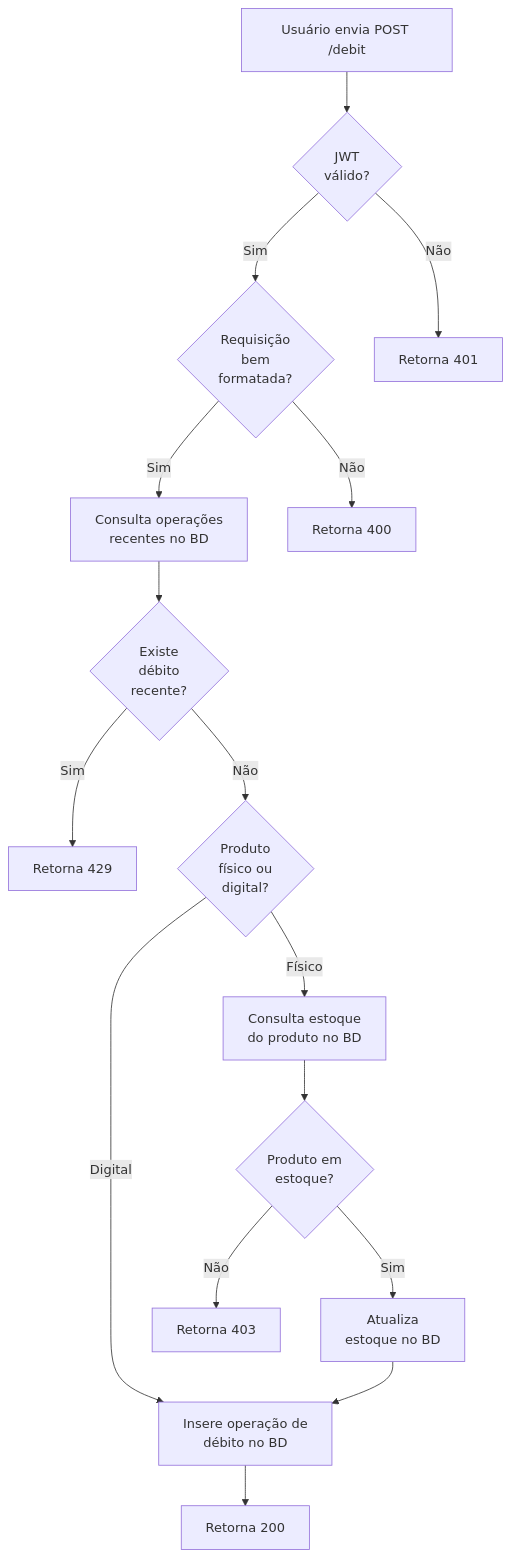
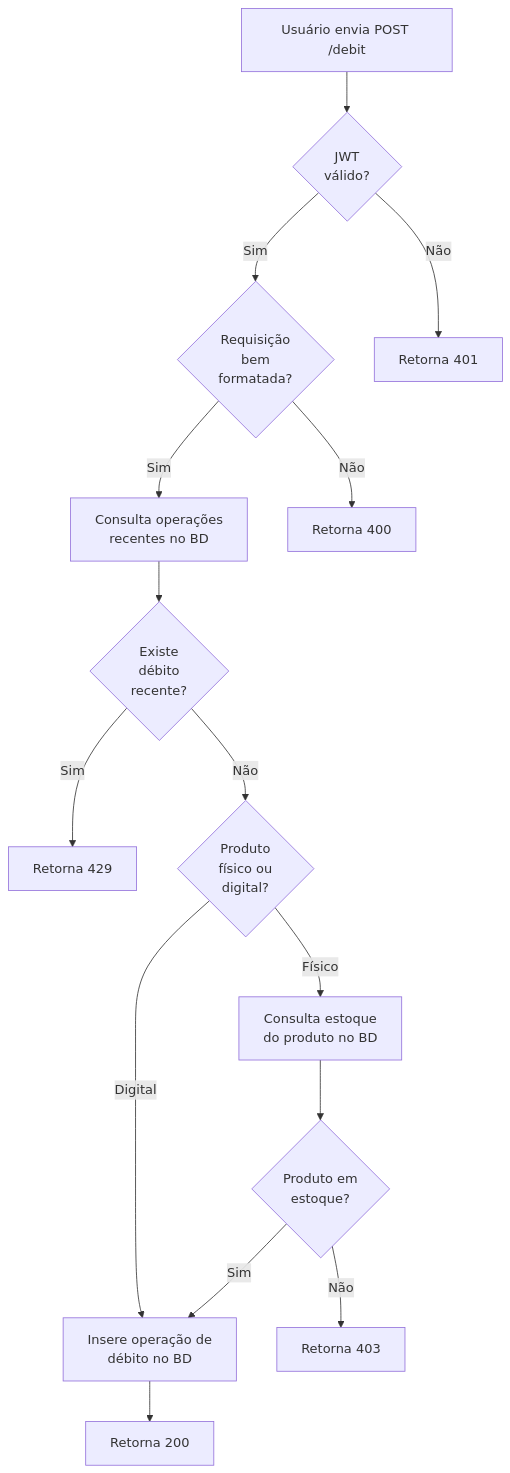
Before and after one commit to feira-de-jogos/feira-de-jogos: the fifth of 8 diagrams in v2/README.md, drawn with Mermaid. The commit also changed other lines of this file, not shown here.

````diff
--- a/v2/README.md
+++ b/v2/README.md
@@ -108,34 +108,32 @@
 ```mermaid
 flowchart TD
   A[Usuário envia POST /debit]
   B
   C
   D[Retorna 401]
   E[Consulta operações\nrecentes no BD]
   F[Retorna 400]
   G
   H[Retorna 429]
   I
   J[Consulta estoque\ndo produto no BD]
   K[Insere operação de\ndébito no BD]
   L
-  M[Atualiza\nestoque no BD]
-  N[Retorna 403]
-  O[Retorna 200]
+  M[Retorna 403]
+  N[Retorna 200]
 
   A --> B{JWT\nválido?}
   B -->|Sim| C{Requisição\nbem\nformatada?}
   B -->|Não| D
   C --> |Sim| E
   C --> |Não| F
   E --> G{Existe\ndébito\nrecente?}
   G --> |Sim| H
   G --> |Não| I{Produto\nfísico ou\ndigital?}
   I --> |Físico| J
   I --> |Digital| K
   J --> L{Produto em\nestoque?}
-  L --> |Sim| M
-  L --> |Não| N
-  M --> K
-  K --> O
+  L --> |Sim| K
+  L --> |Não| M
+  K --> N
 ```
````
